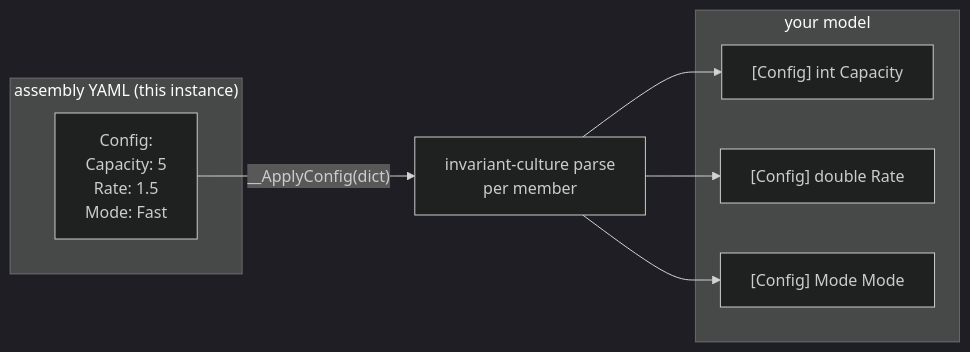
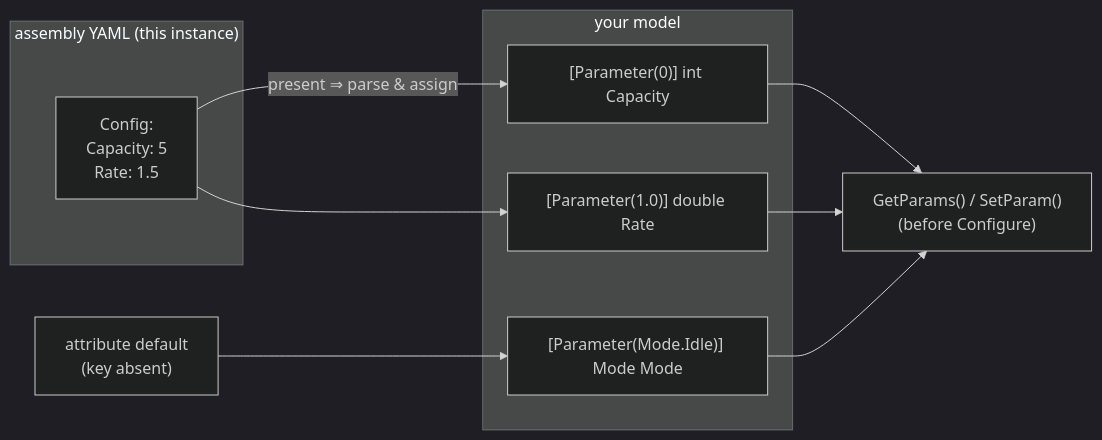
The first of 2 diagrams in public/content/configuration.md (SimulaSharp-org/simulasharp-docs), drawn with Mermaid (dark theme) before and after one commit. The commit also changed other lines of this file and 28 other files, not shown here.

First line of the commit message:
Document parameters (defaults, GetParams/SetParam) and the ctor lifecycle

````diff
--- a/public/content/configuration.md
+++ b/public/content/configuration.md
@@ -13,15 +15,15 @@
 ```mermaid
 flowchart LR
   subgraph yaml["assembly YAML (this instance)"]
-    C["Config:<br/>Capacity: 5<br/>Rate: 1.5<br/>Mode: Fast"]
+    C["Config:<br/>Capacity: 5<br/>Rate: 1.5"]
   end
   subgraph model["your model"]
-    M1["[Config] int Capacity"]
-    M2["[Config] double Rate"]
-    M3["[Config] Mode Mode"]
+    M1["[Parameter(0)] int Capacity"]
+    M2["[Parameter(1.0)] double Rate"]
+    M3["[Parameter(Mode.Idle)] Mode Mode"]
   end
-  C -->|"__ApplyConfig(dict)"| PARSE["invariant-culture parse<br/>per member"]
-  PARSE --> M1
-  PARSE --> M2
-  PARSE --> M3
+  C -->|"present ⇒ parse & assign"| M1
+  C --> M2
+  DEF["attribute default<br/>(key absent)"] --> M3
+  M1 & M2 & M3 --> G["GetParams() / SetParam()<br/>(before Configure)"]
 ```
````
